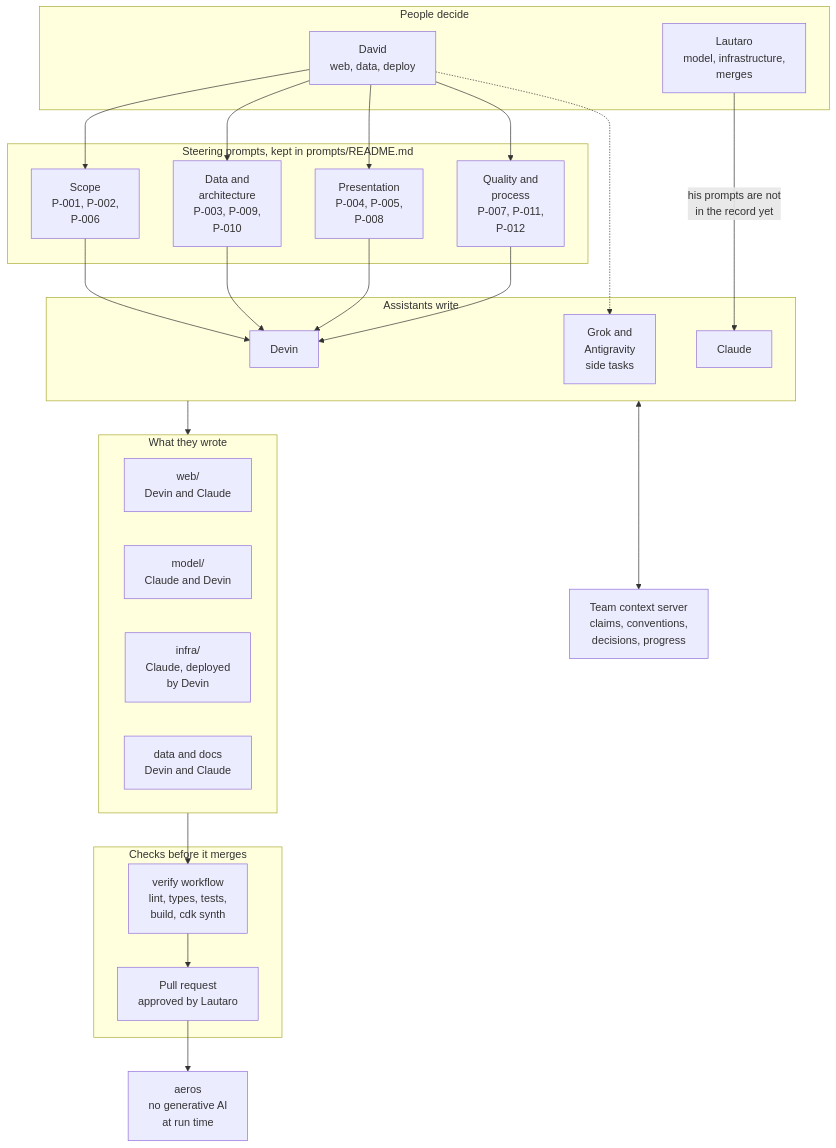
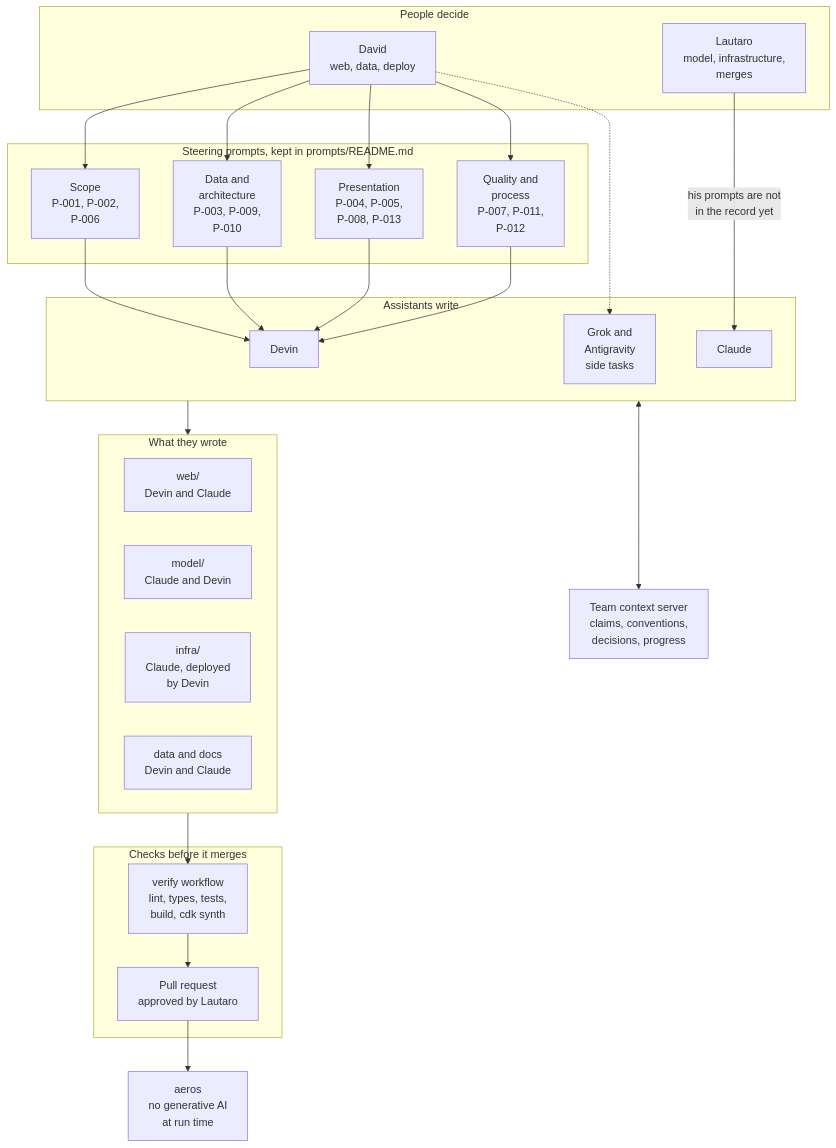
One commit to lautaromoreyraa/aeros changed the diagram in README.md. Above: the diagram before and after it, drawn with Mermaid. The commit also changed other lines of this file and 10 other files, not shown here.

````diff
--- a/README.md
+++ b/README.md
@@ -53,39 +53,39 @@
 ```mermaid
 flowchart TB
   subgraph people["People decide"]
     D["David<br/>web, data, deploy"]
     L["Lautaro<br/>model, infrastructure,<br/>merges"]
   end
   subgraph steer["Steering prompts, kept in prompts/README.md"]
     S["Scope<br/>P-001, P-002,<br/>P-006"]
     A["Data and<br/>architecture<br/>P-003, P-009,<br/>P-010"]
-    P["Presentation<br/>P-004, P-005,<br/>P-008"]
+    P["Presentation<br/>P-004, P-005,<br/>P-008, P-013"]
     Q["Quality and<br/>process<br/>P-007, P-011,<br/>P-012"]
   end
   subgraph write["Assistants write"]
     DV["Devin"]
     GA["Grok and<br/>Antigravity<br/>side tasks"]
     CL["Claude"]
   end
   HUB["Team context server<br/>claims, conventions,<br/>decisions, progress"]
   subgraph made["What they wrote"]
     W["web/<br/>Devin and Claude"]
     M["model/<br/>Claude and Devin"]
     I["infra/<br/>Claude, deployed<br/>by Devin"]
     X["data and docs<br/>Devin and Claude"]
   end
   subgraph checks["Checks before it merges"]
     CI["verify workflow<br/>lint, types, tests,<br/>build, cdk synth"]
     PR["Pull request<br/>approved by Lautaro"]
   end
   LIVE["aeros<br/>no generative AI<br/>at run time"]
   D --> S & A & P & Q
   S & A & P & Q --> DV
   D -..-> GA
   L -- "his prompts are not<br/>in the record yet" ---> CL
   write <--> HUB
   write --> made
   made --> CI
   CI --> PR
   PR --> LIVE
 ```
````
